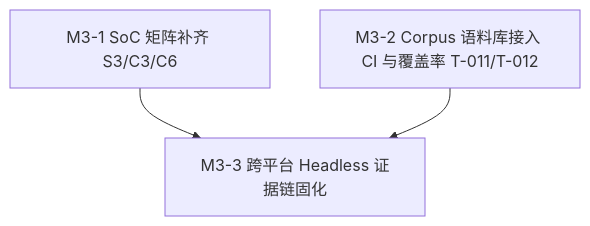
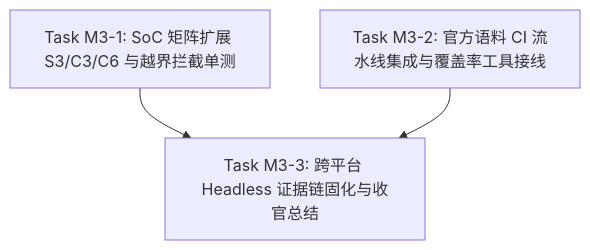
The diagram in docs/implementation-plans/esp32/2026-09-26-esp-idf-sim-m3-soc-ci-plan.md (wink-cloud-hub/wink-ai-embedded), drawn with Mermaid before and after one commit. The commit also changed other lines of this file and 2 other files, not shown here.

````diff
--- a/docs/implementation-plans/esp32/2026-09-26-esp-idf-sim-m3-soc-ci-plan.md
+++ b/docs/implementation-plans/esp32/2026-09-26-esp-idf-sim-m3-soc-ci-plan.md
@@ -68,5 +205,9 @@
 ```mermaid
 graph TD
-    M3_1[M3-1 SoC 矩阵补齐 S3/C3/C6] --> M3_3[M3-3 跨平台 Headless 证据链固化]
-    M3_2[M3-2 Corpus 语料库接入 CI 与覆盖率 T-011/T-012] --> M3_3
+    M3_1[Task M3-1: SoC 矩阵扩展 S3/C3/C6 与越界拦截单测]
+    M3_2[Task M3-2: 官方语料 CI 流水线集成与覆盖率工具接线]
+    M3_3[Task M3-3: 跨平台 Headless 证据链固化与收官总结]
+
+    M3_1 --> M3_3
+    M3_2 --> M3_3
 ```
````
